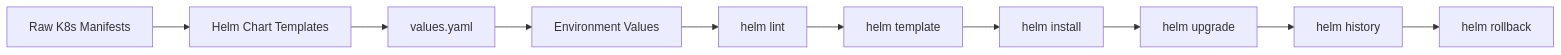
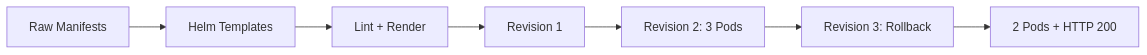
Before and after one commit to anshu-sharma-devops/cloudcart-production-devops-platform: diagram 11 of 11 in README.md, drawn with Mermaid. The commit also changed other lines of this file and 1 other file, not shown here.

Commit message:
docs: document Helm deployment upgrade and rollback

````diff
--- a/README.md
+++ b/README.md
@@ -726,12 +747,9 @@
 ```mermaid
 flowchart LR
-    Raw["Raw K8s Manifests"] --> Chart["Helm Chart Templates"]
-    Chart --> Values["values.yaml"]
-    Values --> Env["Environment Values"]
-    Env --> Lint["helm lint"]
-    Lint --> Tmpl["helm template"]
-    Tmpl --> Install["helm install"]
-    Install --> Upgrade["helm upgrade"]
-    Upgrade --> Hist["helm history"]
-    Hist --> Rollback["helm rollback"]
+    Raw["Raw Manifests"] --> Chart["Helm Templates"]
+    Chart --> Lint["Lint + Render"]
+    Lint --> Install["Revision 1"]
+    Install --> Upgrade["Revision 2: 3 Pods"]
+    Upgrade --> Rollback["Revision 3: Rollback"]
+    Rollback --> Healthy["2 Pods + HTTP 200"]
 ```
````
